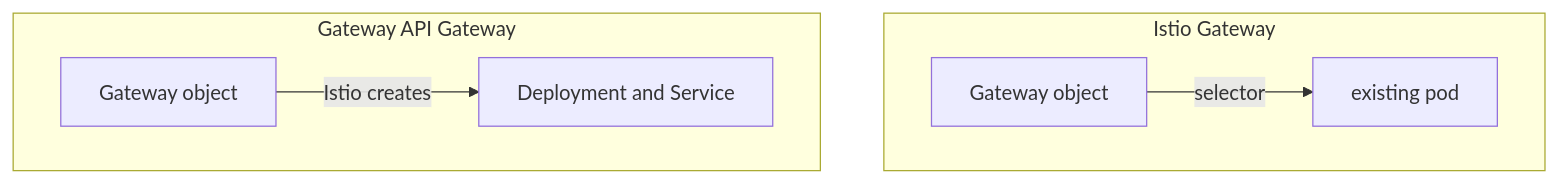
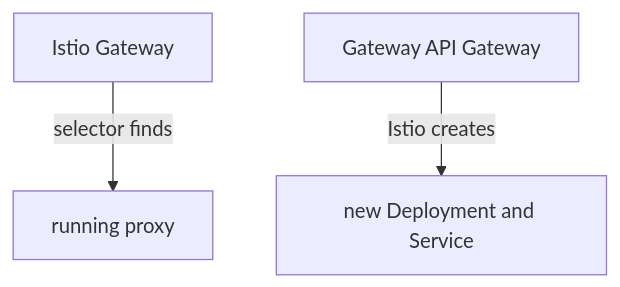
Before and after one commit to astrona-io/ATS014: the diagram in sections/section-060/module-03/course-02-a-gateway-that-creates-its-own-data-plane.md, drawn with Mermaid. The commit also changed other lines of this file and 813 other files, not shown here.

````diff
--- a/sections/section-060/module-03/course-02-a-gateway-that-creates-its-own-data-plane.md
+++ b/sections/section-060/module-03/course-02-a-gateway-that-creates-its-own-data-plane.md
@@ -7,9 +9,5 @@
 ```mermaid
 flowchart TB
-    subgraph L["Istio Gateway"]
-      A2["Gateway object"] -->|"selector"| A1["existing pod"]
-    end
-    subgraph R["Gateway API Gateway"]
-      B1["Gateway object"] -->|"Istio creates"| B2["Deployment and Service"]
-    end
+    A1["Istio Gateway"] -->|"selector finds"| A2["running proxy"]
+    B1["Gateway API Gateway"] -->|"Istio creates"| B2["new Deployment and Service"]
 ```
````
